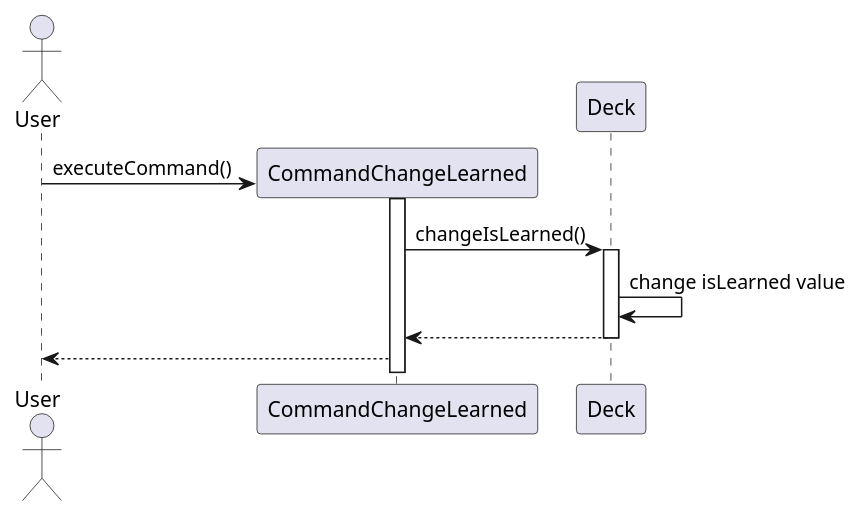
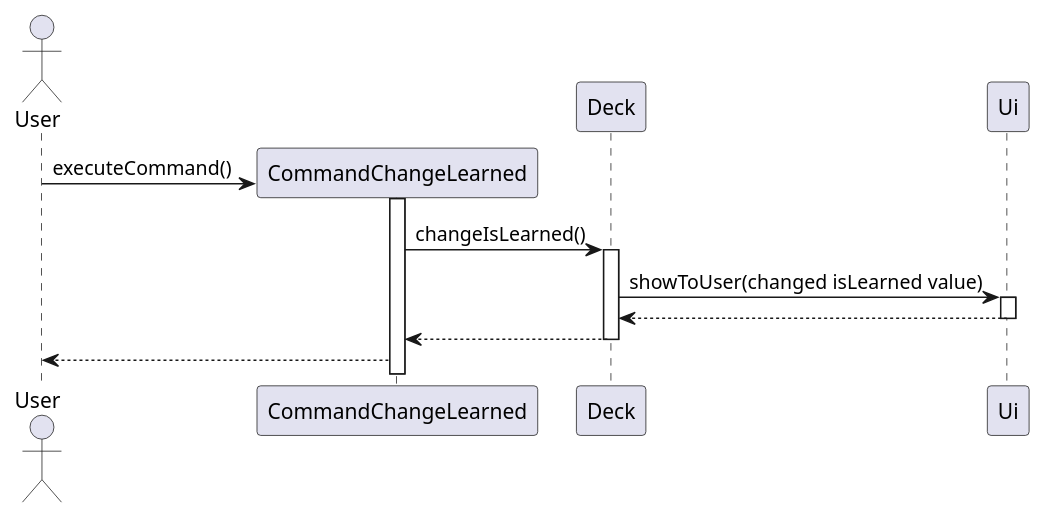
One commit to felfelyuen/tp changed the diagram in docs/diagrams/ChangeIsLearnedSequenceDiagram.puml. Above: the diagram before and after it, drawn with PlantUML. The commit also changed 9 other files, not shown here.

```diff
--- a/docs/diagrams/ChangeIsLearnedSequenceDiagram.puml
+++ b/docs/diagrams/ChangeIsLearnedSequenceDiagram.puml
@@ -1,14 +1,14 @@
 @startuml
 
 actor User
 User -> CommandChangeLearned **: executeCommand()
 CommandChangeLearned++
 CommandChangeLearned -> Deck++: changeIsLearned()
 
-    Deck -> Deck: change isLearned value
-
+    Deck -> Ui++: showToUser(changed isLearned value)
+return
 return
 CommandChangeLearned --> User
 
 
 @enduml
```
